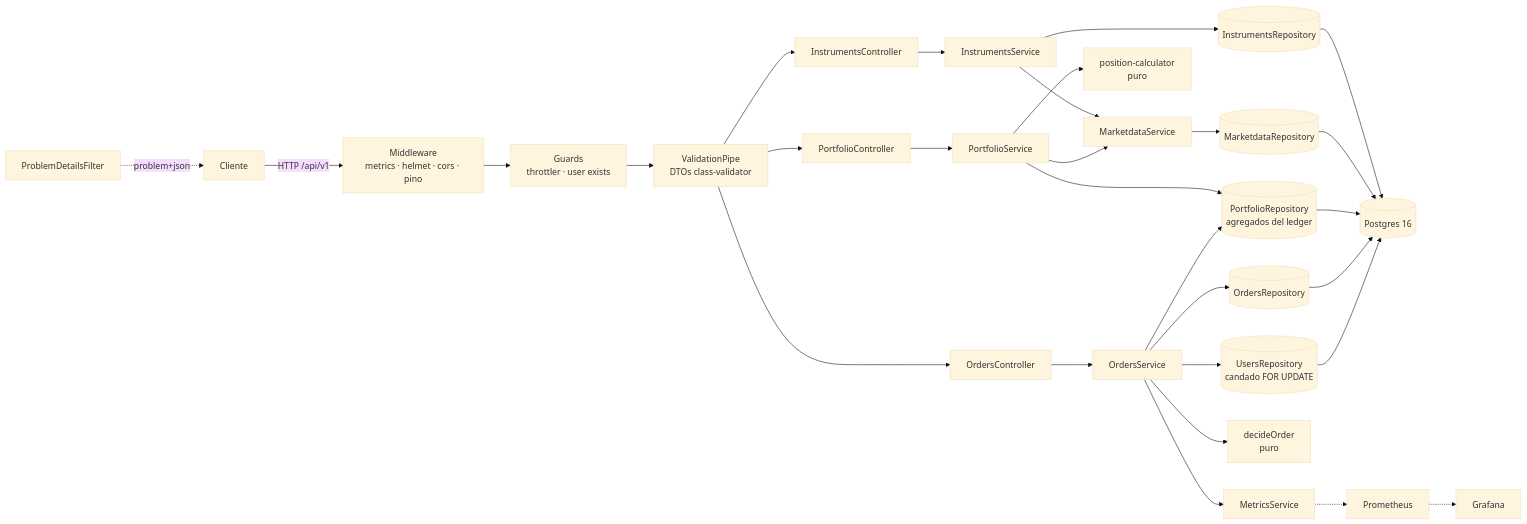
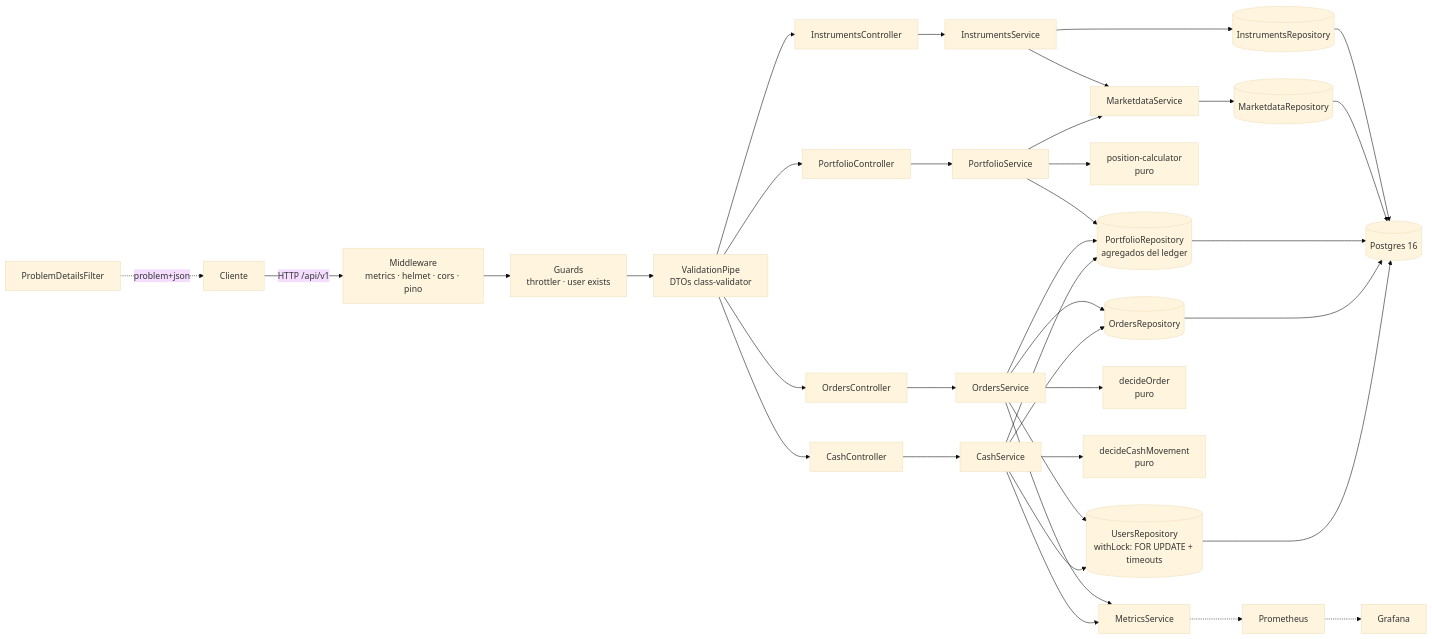
The second of 3 diagrams in README.es.md (emariotti3/cocos-challenge-emariotti3), drawn with Mermaid (base theme) before and after one commit. The commit also changed other lines of this file and 60 other files, not shown here.

````diff
--- a/README.es.md
+++ b/README.es.md
@@ -151,19 +186,23 @@
 ```mermaid
 flowchart LR
   C[Cliente] -->|HTTP /api/v1| M[Middleware<br/>metrics · helmet · cors · pino]
   M --> G[Guards<br/>throttler · user exists]
   G --> V[ValidationPipe<br/>DTOs class-validator]
-  V --> IC[InstrumentsController] & PC[PortfolioController] & OC[OrdersController]
+  V --> IC[InstrumentsController] & PC[PortfolioController] & OC[OrdersController] & CC[CashController]
   IC --> IS[InstrumentsService] --> IR[(InstrumentsRepository)]
   IS --> MS[MarketdataService] --> MR[(MarketdataRepository)]
   PC --> PS[PortfolioService] --> PR[(PortfolioRepository<br/>agregados del ledger)]
   PS --> MS
   PS --> PCALC[position-calculator<br/>puro]
   OC --> OS[OrdersService] --> OR[(OrdersRepository)]
   OS --> PR
-  OS --> UR[(UsersRepository<br/>candado FOR UPDATE)]
+  OS --> UR[(UsersRepository<br/>withLock: FOR UPDATE + timeouts)]
   OS --> DEC[decideOrder<br/>puro]
+  CC --> CS[CashService] --> OR
+  CS --> PR
+  CS --> UR
+  CS --> CDEC[decideCashMovement<br/>puro]
   IR & MR & PR & OR & UR --> DB[(Postgres 16)]
   X[ProblemDetailsFilter] -.->|problem+json| C
-  OS --> MET[MetricsService] -.-> PROM[Prometheus] -.-> GRAF[Grafana]
+  OS & CS --> MET[MetricsService] -.-> PROM[Prometheus] -.-> GRAF[Grafana]
 ```
````
